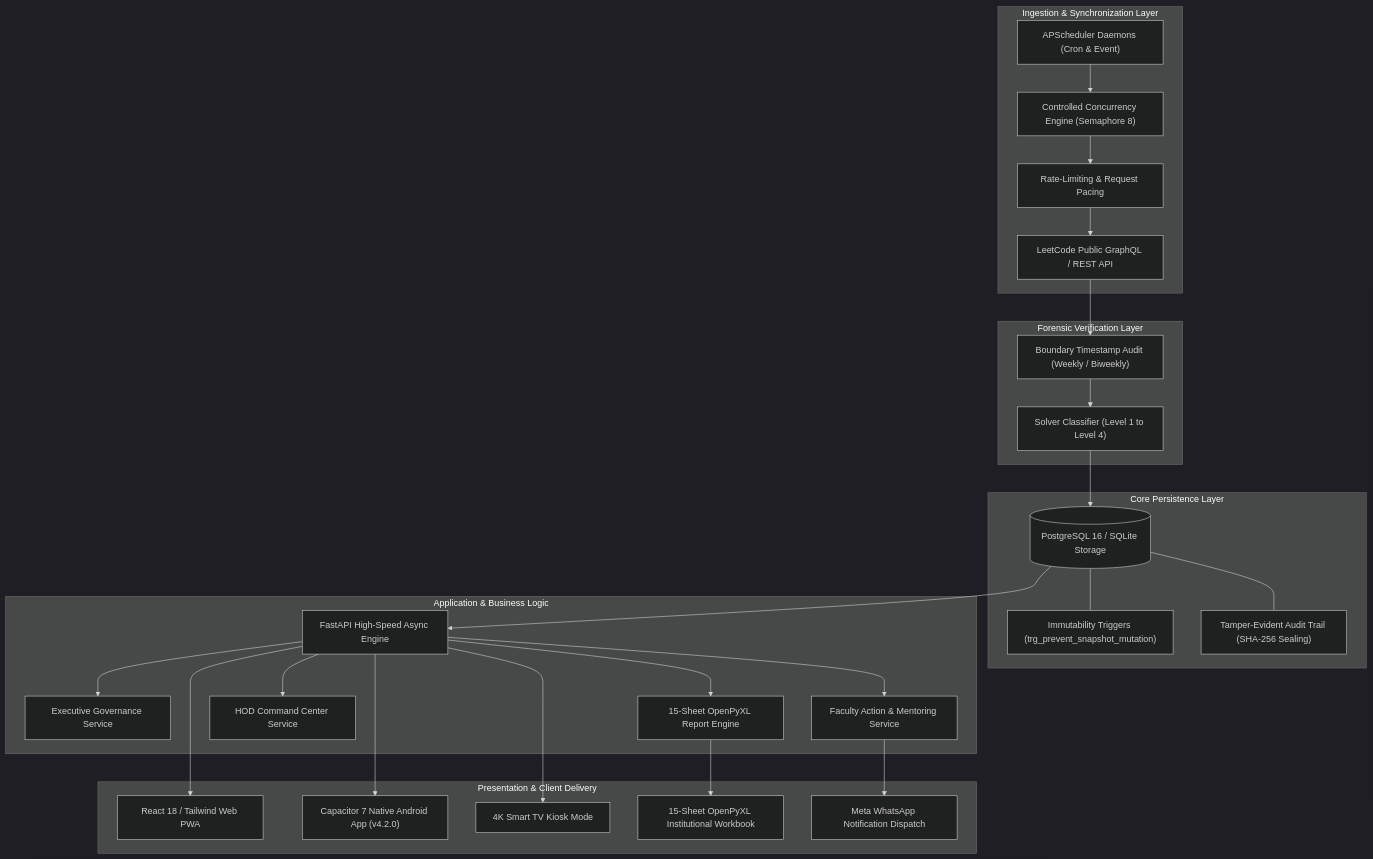
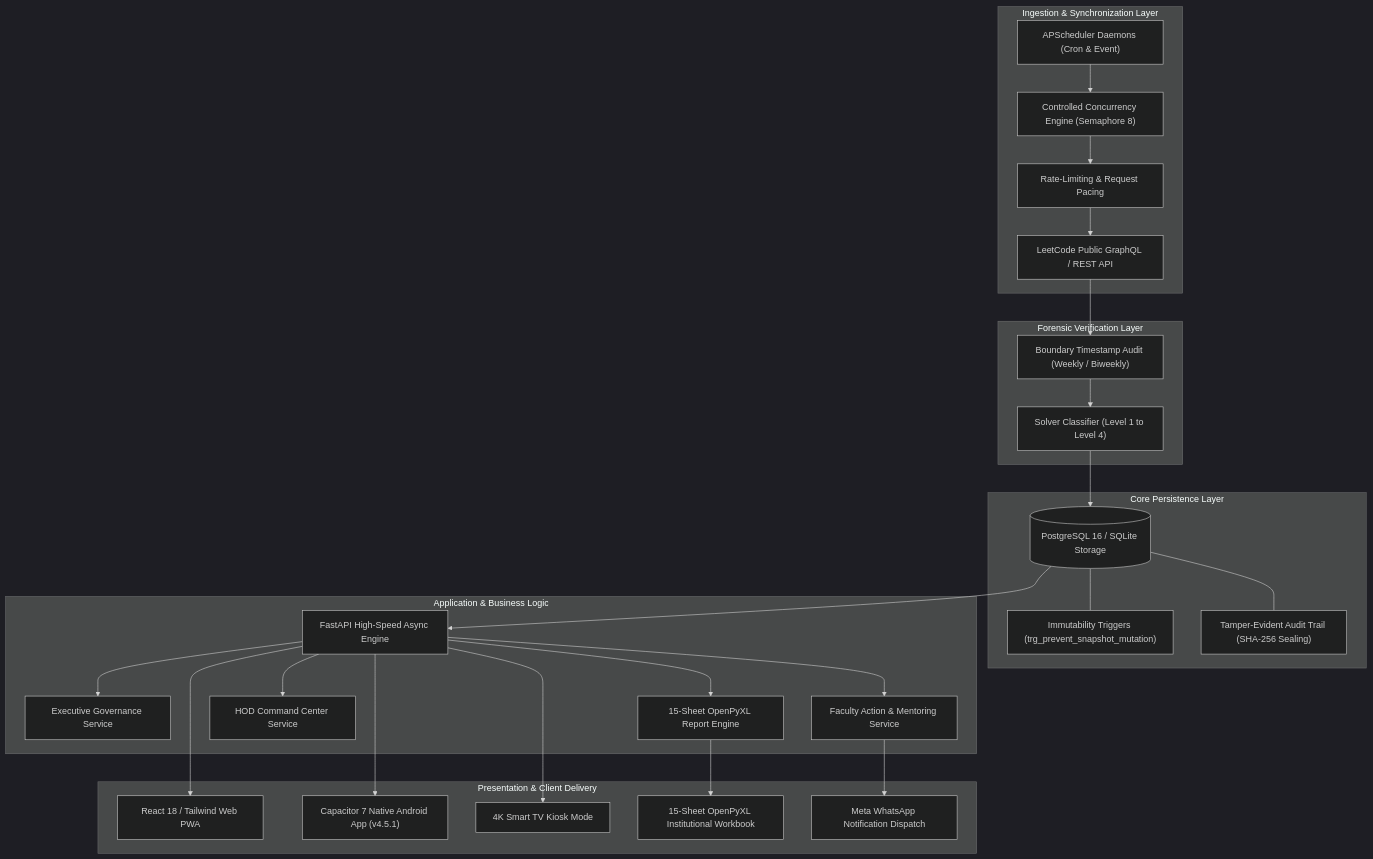
One commit to nanthishvaran17/Leetcodeurl-s changed the diagram in README.md. Above: the diagram before and after it, drawn with Mermaid (dark theme). The commit also changed other lines of this file and 2 other files, not shown here.

````diff
--- a/README.md
+++ b/README.md
@@ -184,54 +194,54 @@
 ```mermaid
 flowchart TD
     subgraph Ingestion ["Ingestion & Synchronization Layer"]
         LC["LeetCode Public GraphQL / REST API"]
         DYN["Controlled Concurrency Engine (Semaphore 8)"]
         RATE["Rate-Limiting & Request Pacing"]
         SCHED["APScheduler Daemons (Cron & Event)"]
         SCHED --> DYN
         DYN --> RATE
         RATE --> LC
     end
 
     subgraph Verification ["Forensic Verification Layer"]
         TIME["Boundary Timestamp Audit (Weekly / Biweekly)"]
         CLASS["Solver Classifier (Level 1 to Level 4)"]
         LC --> TIME
         TIME --> CLASS
     end
 
     subgraph Storage ["Core Persistence Layer"]
         DB[("PostgreSQL 16 / SQLite Storage")]
         TRIG["Immutability Triggers (trg_prevent_snapshot_mutation)"]
         AUDIT["Tamper-Evident Audit Trail (SHA-256 Sealing)"]
         CLASS --> DB
         DB --- TRIG
         DB --- AUDIT
     end
 
     subgraph Services ["Application & Business Logic"]
         API["FastAPI High-Speed Async Engine"]
         MGT["Executive Governance Service"]
         FAC["Faculty Action & Mentoring Service"]
         HOD["HOD Command Center Service"]
         REP["15-Sheet OpenPyXL Report Engine"]
         DB --> API
         API --> MGT
         API --> FAC
         API --> HOD
         API --> REP
     end
 
     subgraph Presentation ["Presentation & Client Delivery"]
         WEB["React 18 / Tailwind Web PWA"]
-        APK["Capacitor 7 Native Android App (v4.2.0)"]
+        APK["Capacitor 7 Native Android App (v4.5.1)"]
         KIOSK["4K Smart TV Kiosk Mode"]
         EXCEL["15-Sheet OpenPyXL Institutional Workbook"]
         WA["Meta WhatsApp Notification Dispatch"]
         API --> WEB
         API --> APK
         API --> KIOSK
         REP --> EXCEL
         FAC --> WA
     end
 ```
````
